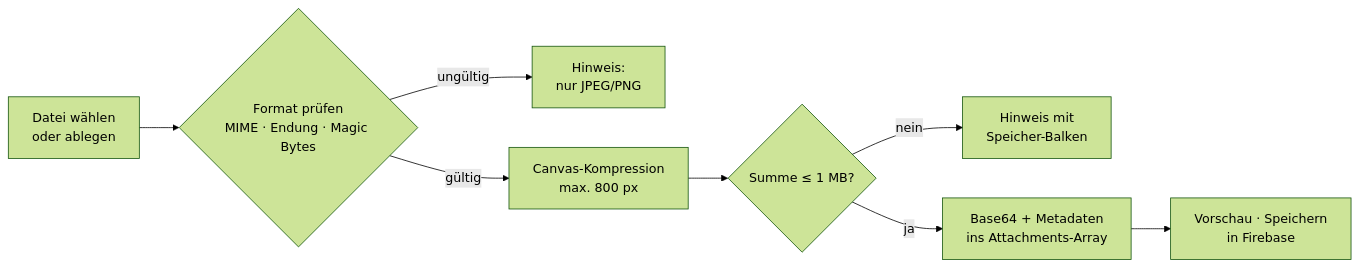
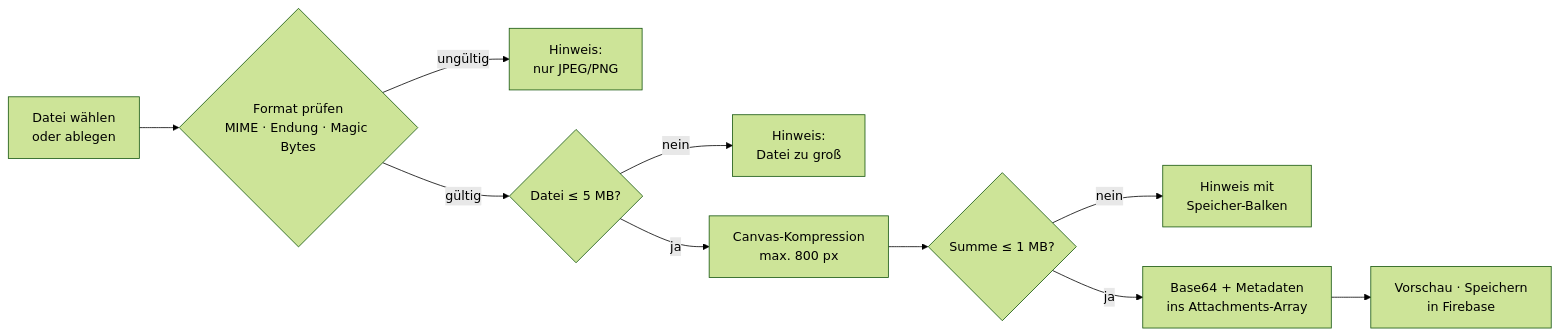
The diagram in README.md (alexlindt-arch/Join-IHK), drawn with Mermaid (forest theme) before and after one commit. The commit also changed other lines of this file and 3 other files, not shown here.

````diff
--- a/README.md
+++ b/README.md
@@ -77,10 +77,12 @@
 ```mermaid
 flowchart LR
     A[Datei wählen<br/>oder ablegen] --> B{Format prüfen<br/>MIME · Endung · Magic Bytes}
     B -- ungültig --> E[Hinweis:<br/>nur JPEG/PNG]
-    B -- gültig --> C[Canvas-Kompression<br/>max. 800 px]
+    B -- gültig --> S{Datei ≤ 5 MB?}
+    S -- nein --> T[Hinweis:<br/>Datei zu groß]
+    S -- ja --> C[Canvas-Kompression<br/>max. 800 px]
     C --> D{Summe ≤ 1 MB?}
     D -- nein --> F[Hinweis mit<br/>Speicher-Balken]
     D -- ja --> G[Base64 + Metadaten<br/>ins Attachments-Array]
     G --> H[Vorschau · Speichern<br/>in Firebase]
 ```
````
